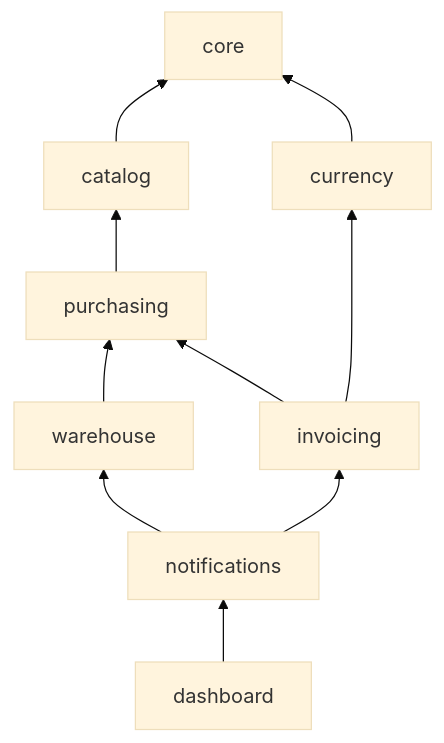
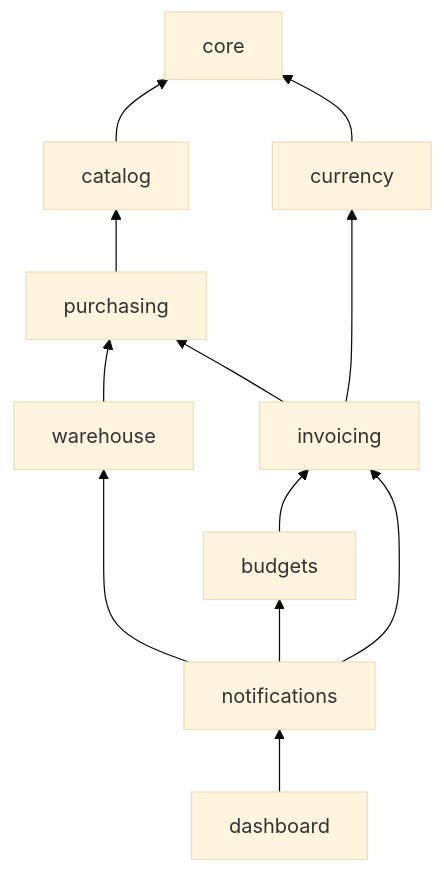
Before and after one commit to ionutdinica/ruris-flux-aprovizionare: the second of 3 diagrams in docs/06-arhitectura.md, drawn with Mermaid (base theme). The commit also changed other lines of this file and 23 other files, not shown here.

````diff
--- a/docs/06-arhitectura.md
+++ b/docs/06-arhitectura.md
@@ -44,10 +45,11 @@
 ```mermaid
 flowchart BT
     catalog --> core
     purchasing --> catalog
     warehouse --> purchasing
     currency --> core
     invoicing --> purchasing & currency
-    notifications --> invoicing & warehouse
+    budgets --> invoicing
+    notifications --> invoicing & warehouse & budgets
     dashboard --> notifications
 ```
````
